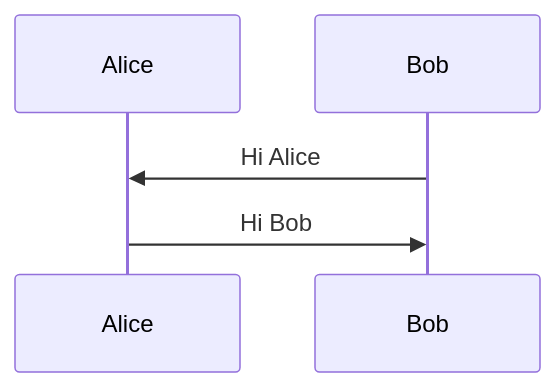
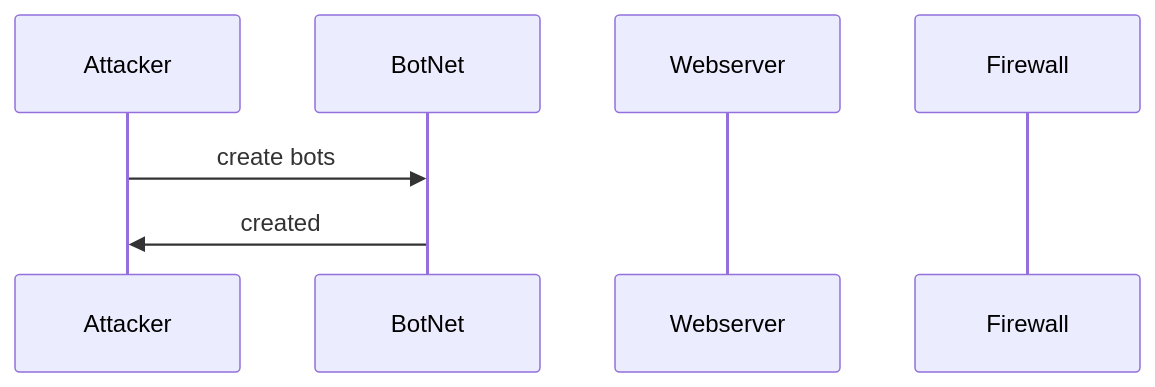
The diagram in DDoS_Attack_Sequence.md (G-Marotta/Flowchart), drawn with Mermaid before and after one commit.

````diff
--- a/DDoS_Attack_Sequence.md
+++ b/DDoS_Attack_Sequence.md
@@ -2,8 +2,10 @@
 ```mermaid
 sequenceDiagram
-    participant Alice
-    participant Bob
-    Bob->>Alice: Hi Alice
-    Alice->>Bob: Hi Bob
+    participant Attacker
+    participant BotNet
+    participant Webserver
+    participant Firewall
+    Attacker->>BotNet: create bots
+    BotNet->>Attacker: created
 
 ```
````
